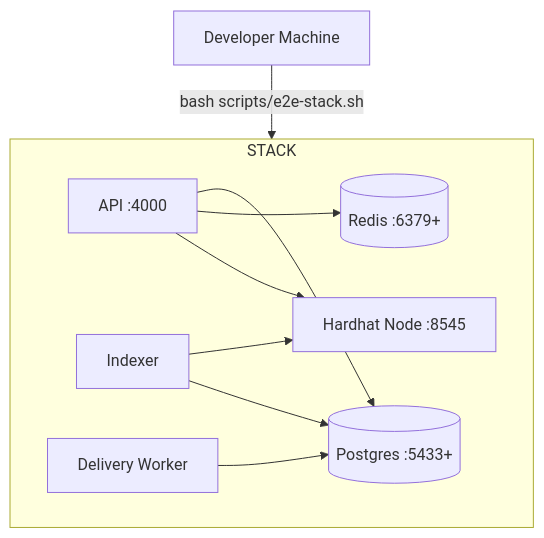
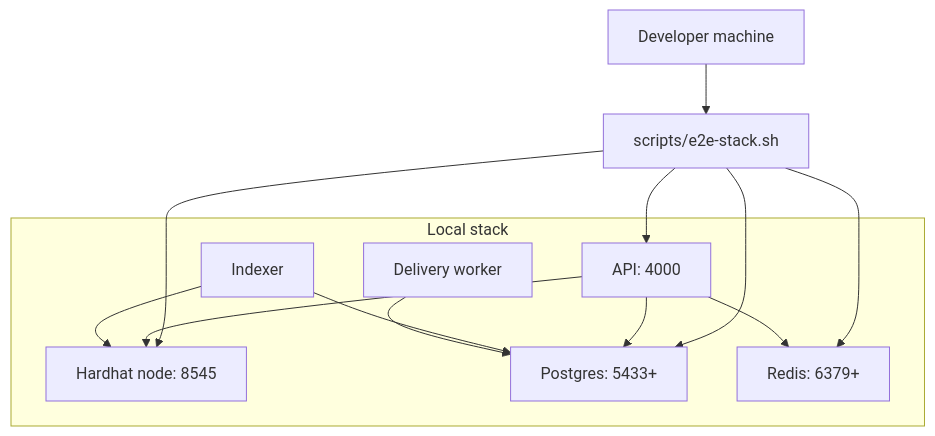
The second of 14 diagrams in README.md (gary322/Multi-Messaging-Paid), drawn with Mermaid before and after one commit. The commit also changed other lines of this file, not shown here.

Commit message:
Docs: make all Mermaid diagrams GitHub-compatible

````diff
--- a/README.md
+++ b/README.md
@@ -169,20 +167,25 @@
 ```mermaid
 flowchart TB
-  DEV[Developer Machine] -->|bash scripts/e2e-stack.sh| STACK[Local Stack]
+  DEV["Developer machine"] --> E2E["scripts/e2e-stack.sh"]
 
-  subgraph STACK
-    HH[Hardhat Node :8545]
-    API[API :4000]
-    IDX[Indexer]
-    DLW[Delivery Worker]
-    PG[(Postgres :5433+)]
-    R[(Redis :6379+)]
+  subgraph STACK["Local stack"]
+    HH["Hardhat node: 8545"]
+    API["API: 4000"]
+    IDX["Indexer"]
+    DLW["Delivery worker"]
+    PG["Postgres: 5433+"]
+    R["Redis: 6379+"]
   end
+
+  E2E --> HH
+  E2E --> PG
+  E2E --> R
+  E2E --> API
 
   API --> PG
   API --> R
   API --> HH
   IDX --> HH
   IDX --> PG
   DLW --> PG
 ```
````
